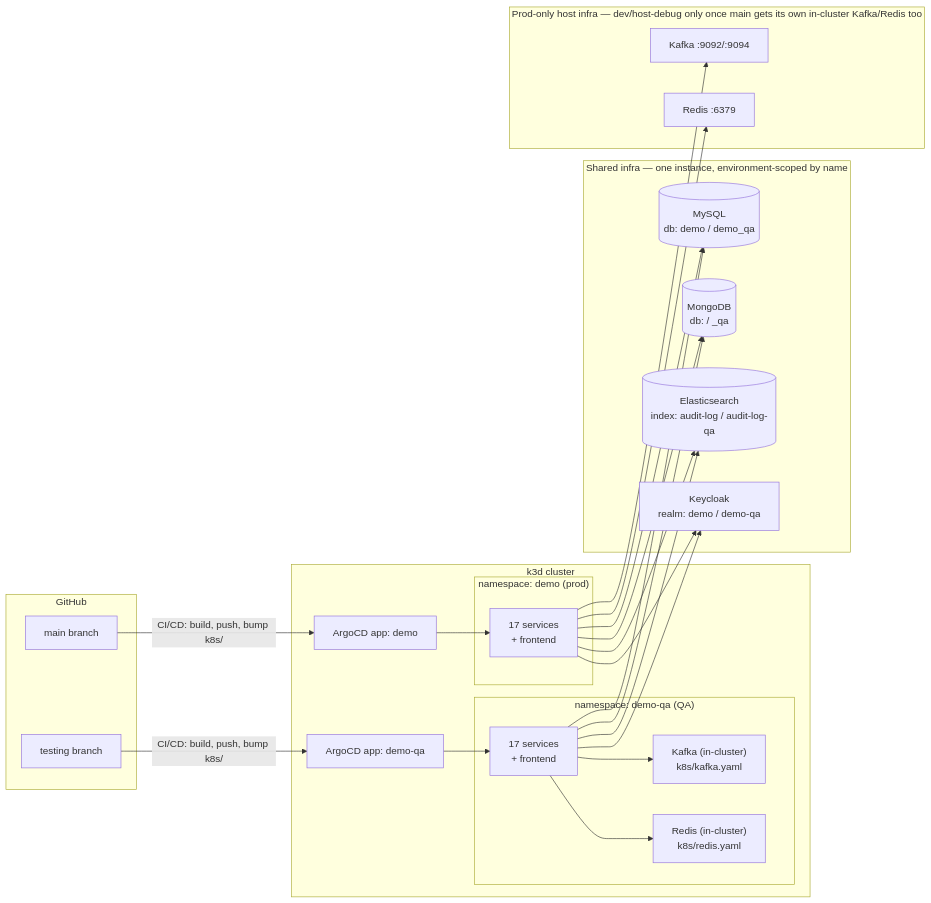
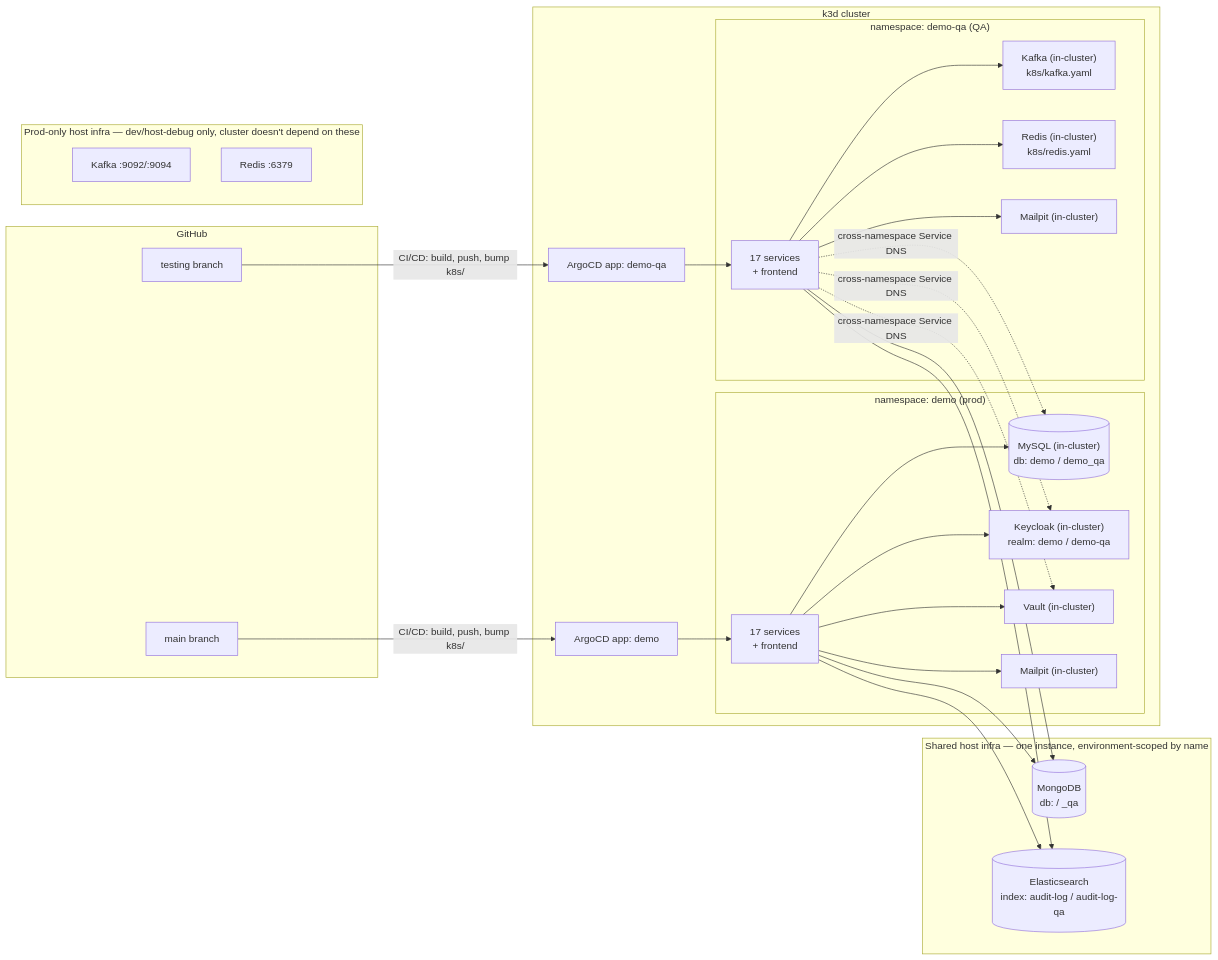
The diagram in README.md (wilbertjoosen/demo), drawn with Mermaid before and after one commit. The commit also changed other lines of this file and 4 other files, not shown here.

First line of the commit message:
Move MySQL, Keycloak, Mailpit, and Vault in-cluster for the demo-qa namespace

````diff
--- a/README.md
+++ b/README.md
@@ -305,42 +314,44 @@
 ```mermaid
 flowchart LR
     subgraph GIT["GitHub"]
         MAIN["main branch"]
         TEST["testing branch"]
     end
 
     subgraph K8S["k3d cluster"]
         subgraph DEMO["namespace: demo (prod)"]
             APPS_PROD["17 services\n+ frontend"]
+            MYSQL[("MySQL (in-cluster)\ndb: demo / demo_qa")]
+            KC["Keycloak (in-cluster)\nrealm: demo / demo-qa"]
+            VAULT["Vault (in-cluster)"]
+            MAILPIT_PROD["Mailpit (in-cluster)"]
         end
         subgraph DEMOQA["namespace: demo-qa (QA)"]
             APPS_QA["17 services\n+ frontend"]
             KAFKA_QA["Kafka (in-cluster)\nk8s/kafka.yaml"]
             REDIS_QA["Redis (in-cluster)\nk8s/redis.yaml"]
+            MAILPIT_QA["Mailpit (in-cluster)"]
         end
         ARGO_PROD["ArgoCD app: demo"]
         ARGO_QA["ArgoCD app: demo-qa"]
     end
 
-    subgraph SHARED["Shared infra — one instance, environment-scoped by name"]
-        MYSQL[("MySQL\ndb: demo / demo_qa")]
+    subgraph SHARED["Shared host infra — one instance, environment-scoped by name"]
         MONGO[("MongoDB\ndb: <svc> / <svc>_qa")]
         ES[("Elasticsearch\nindex: audit-log / audit-log-qa")]
-        KC["Keycloak\nrealm: demo / demo-qa"]
     end
 
-    subgraph ISO_PROD["Prod-only host infra — dev/host-debug only once main gets its own in-cluster Kafka/Redis too"]
+    subgraph ISO_PROD["Prod-only host infra — dev/host-debug only, cluster doesn't depend on these"]
         KAFKA_PROD["Kafka :9092/:9094"]
         REDIS_PROD["Redis :6379"]
     end
 
     MAIN -- "CI/CD: build, push, bump k8s/" --> ARGO_PROD
     TEST -- "CI/CD: build, push, bump k8s/" --> ARGO_QA
     ARGO_PROD --> APPS_PROD
     ARGO_QA --> APPS_QA
 
-    APPS_PROD --> MYSQL & MONGO & ES & KC
-    APPS_QA --> MYSQL & MONGO & ES & KC
-    APPS_PROD --> KAFKA_PROD & REDIS_PROD
-    APPS_QA --> KAFKA_QA & REDIS_QA
+    APPS_PROD --> MYSQL & MONGO & ES & KC & VAULT & MAILPIT_PROD
+    APPS_QA --> MONGO & ES & KAFKA_QA & REDIS_QA & MAILPIT_QA
+    APPS_QA -. "cross-namespace Service DNS" .-> MYSQL & KC & VAULT
 ```
````
